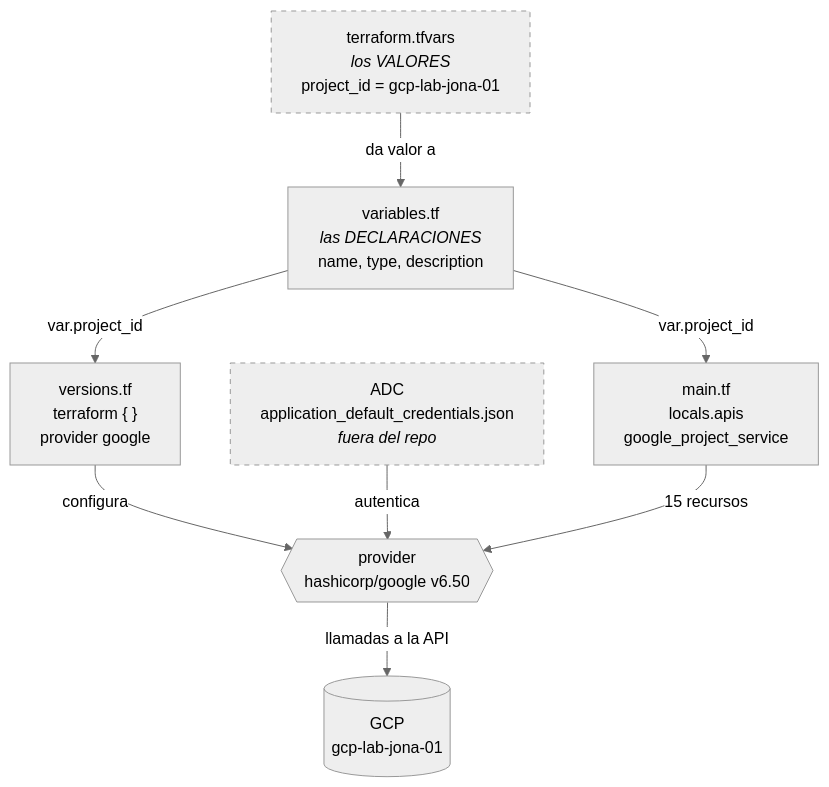
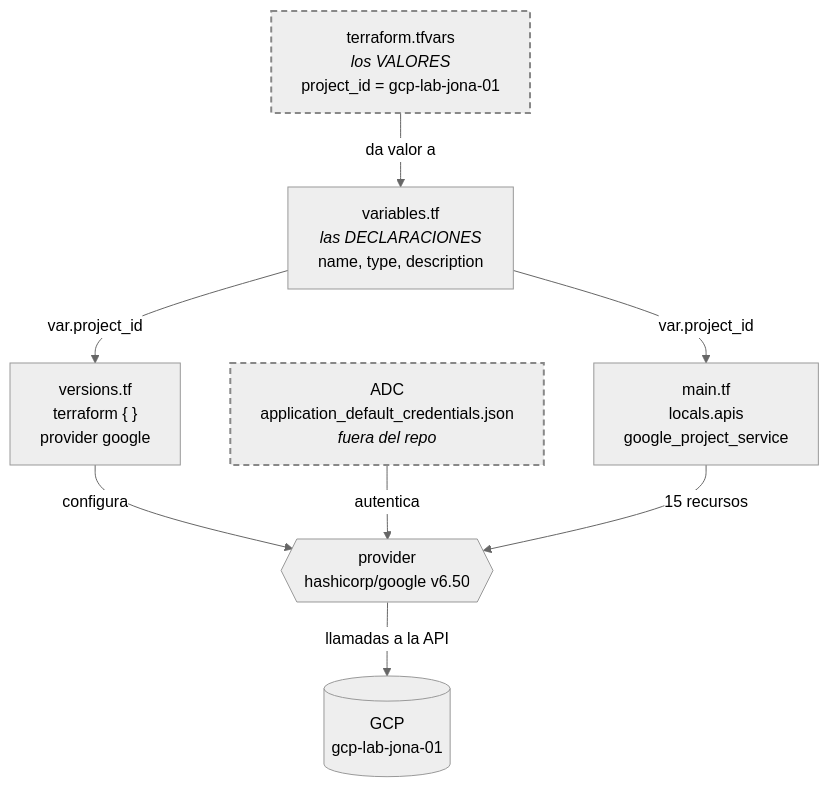
One commit to SamahJonathan/gcp-lab-jona-01 changed the first of 3 diagrams in docs/apuntes-etapa-01-terraform-apis.md. Above: the diagram before and after it, drawn with Mermaid (neutral theme). The commit also changed other lines of this file and 6 other files, not shown here.

````diff
--- a/docs/apuntes-etapa-01-terraform-apis.md
+++ b/docs/apuntes-etapa-01-terraform-apis.md
@@ -22,21 +22,21 @@
 ```mermaid
 flowchart TD
     tfvars["terraform.tfvars<br/><i>los VALORES</i><br/>project_id = gcp-lab-jona-01"]
     vars["variables.tf<br/><i>las DECLARACIONES</i><br/>name, type, description"]
     versions["versions.tf<br/>terraform { }<br/>provider google"]
     main["main.tf<br/>locals.apis<br/>google_project_service"]
     adc["ADC<br/>application_default_credentials.json<br/><i>fuera del repo</i>"]
     prov{{"provider<br/>hashicorp/google v6.50"}}
     gcp[("GCP<br/>gcp-lab-jona-01")]
 
     tfvars -->|"da valor a"| vars
     vars -->|"var.project_id"| versions
     vars -->|"var.project_id"| main
     versions -->|"configura"| prov
     adc -->|"autentica"| prov
     main -->|"15 recursos"| prov
     prov -->|"llamadas a la API"| gcp
 
-    classDef nogit stroke-dasharray: 5 5
+    classDef nogit stroke:#888,stroke-width:2px,stroke-dasharray: 6 4
     class tfvars,adc nogit
 ```
````
